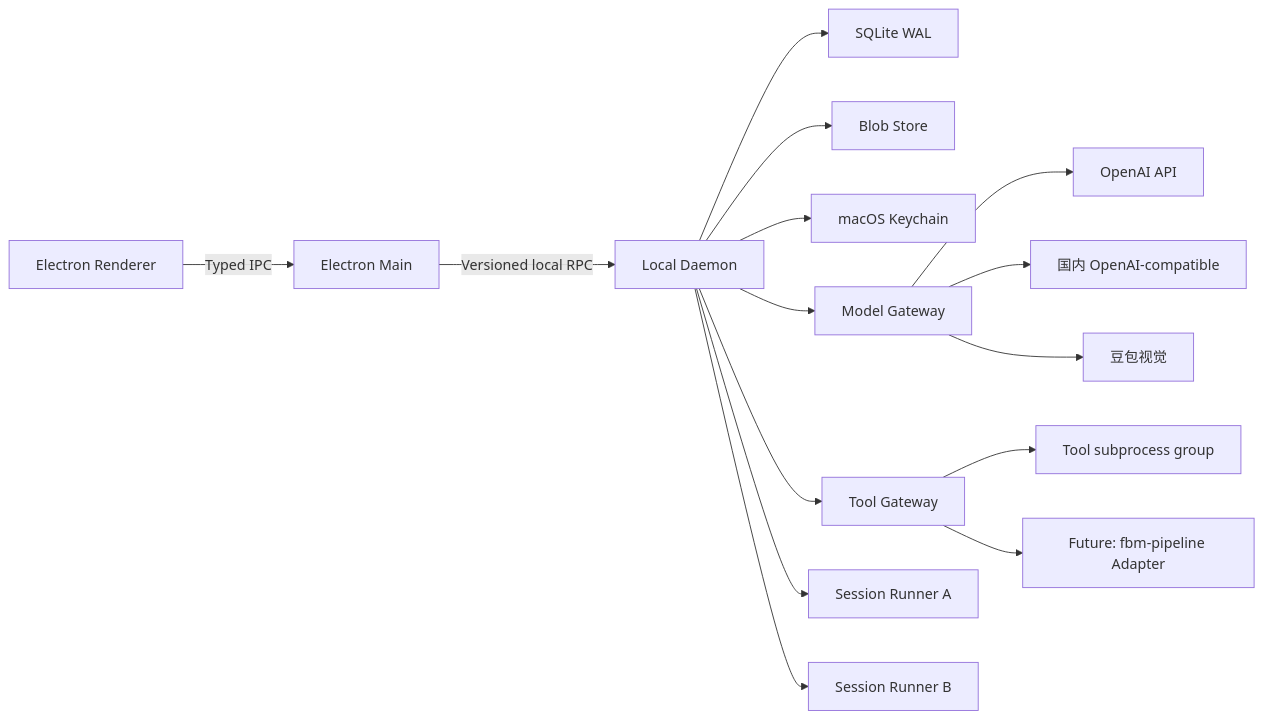
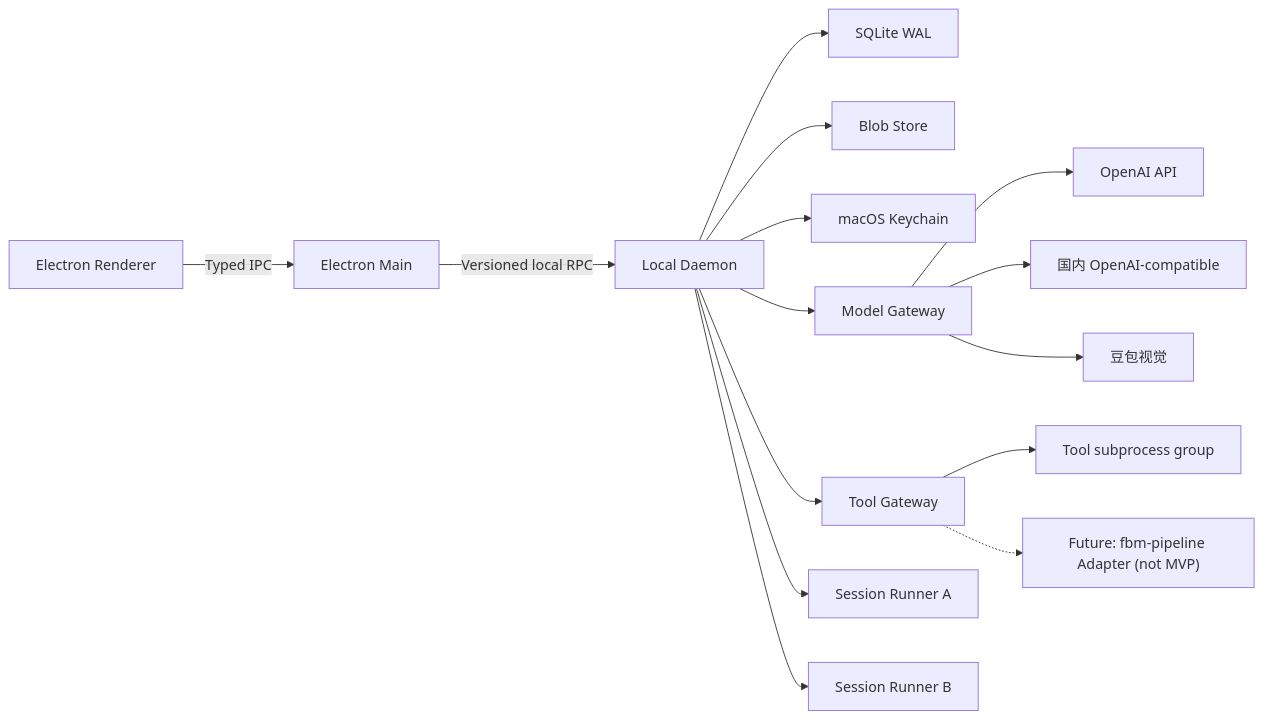
The second of 3 diagrams in docs/superpowers/specs/2026-07-13-agent-workbench-foundation-design.md (seraphimlc/agent-workbench), drawn with Mermaid before and after one commit. The commit also changed other lines of this file, not shown here.

````diff
--- a/docs/superpowers/specs/2026-07-13-agent-workbench-foundation-design.md
+++ b/docs/superpowers/specs/2026-07-13-agent-workbench-foundation-design.md
@@ -525,17 +676,17 @@
 ```mermaid
 flowchart LR
     UI["Electron Renderer"] -->|"Typed IPC"| MAIN["Electron Main"]
     MAIN -->|"Versioned local RPC"| DAEMON["Local Daemon"]
     DAEMON --> DB["SQLite WAL"]
     DAEMON --> BLOB["Blob Store"]
     DAEMON --> KC["macOS Keychain"]
     DAEMON --> MG["Model Gateway"]
     DAEMON --> TG["Tool Gateway"]
     DAEMON --> R1["Session Runner A"]
     DAEMON --> R2["Session Runner B"]
     TG --> PROC["Tool subprocess group"]
     MG --> OAI["OpenAI API"]
     MG --> CN["国内 OpenAI-compatible"]
     MG --> DOU["豆包视觉"]
-    TG --> FUTURE["Future: fbm-pipeline Adapter"]
+    TG -.-> FUTURE["Future: fbm-pipeline Adapter (not MVP)"]
 ```
````
